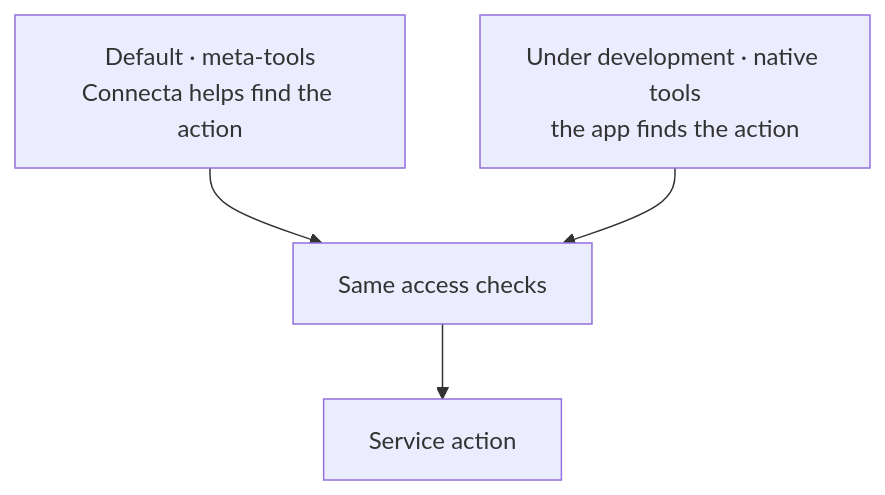
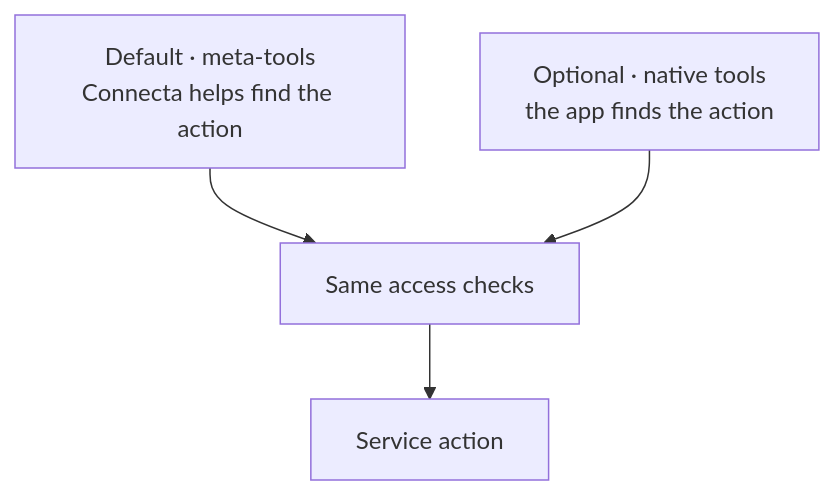
Before and after one commit to zackbart/connecta: the third of 4 diagrams in guides/how-it-works.md, drawn with Mermaid. The commit also changed other lines of this file and 46 other files, not shown here.

````diff
--- a/guides/how-it-works.md
+++ b/guides/how-it-works.md
@@ -94,6 +94,6 @@
 ```mermaid
 flowchart TB
     Meta["Default · meta-tools<br/>Connecta helps find the action"] --> Checks
-    Native["Under development · native tools<br/>the app finds the action"] --> Checks
+    Native["Optional · native tools<br/>the app finds the action"] --> Checks
     Checks["Same access checks"] --> Service["Service action"]
 ```
````
